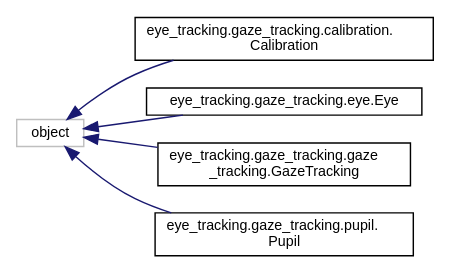
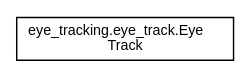
The diagram in inherit_graph_0.dot (amazonkaexpress/amazonka-doxygen), drawn with Graphviz before and after one commit. The commit also changed 48 other files, not shown here.

```diff
--- a/inherit_graph_0.dot
+++ b/inherit_graph_0.dot
@@ -1,16 +1,8 @@
 digraph "Graphical Class Hierarchy"
 {
  // LATEX_PDF_SIZE
   edge [fontname="Helvetica",fontsize="10",labelfontname="Helvetica",labelfontsize="10"];
   node [fontname="Helvetica",fontsize="10",shape=record];
   rankdir="LR";
-  Node3 [label="object",height=0.2,width=0.4,color="grey75", fillcolor="white", style="filled",tooltip=" "];
-  Node3 -> Node0 [dir="back",color="midnightblue",fontsize="10",style="solid",fontname="Helvetica"];
-  Node0 [label="eye_tracking.gaze_tracking.calibration.\lCalibration",height=0.2,width=0.4,color="black", fillcolor="white", style="filled",URL="$classeye__tracking_1_1gaze__tracking_1_1calibration_1_1Calibration.html",tooltip=" "];
-  Node3 -> Node5 [dir="back",color="midnightblue",fontsize="10",style="solid",fontname="Helvetica"];
-  Node5 [label="eye_tracking.gaze_tracking.eye.Eye",height=0.2,width=0.4,color="black", fillcolor="white", style="filled",URL="$classeye__tracking_1_1gaze__tracking_1_1eye_1_1Eye.html",tooltip=" "];
-  Node3 -> Node6 [dir="back",color="midnightblue",fontsize="10",style="solid",fontname="Helvetica"];
-  Node6 [label="eye_tracking.gaze_tracking.gaze\l_tracking.GazeTracking",height=0.2,width=0.4,color="black", fillcolor="white", style="filled",URL="$classeye__tracking_1_1gaze__tracking_1_1gaze__tracking_1_1GazeTracking.html",tooltip=" "];
-  Node3 -> Node7 [dir="back",color="midnightblue",fontsize="10",style="solid",fontname="Helvetica"];
-  Node7 [label="eye_tracking.gaze_tracking.pupil.\lPupil",height=0.2,width=0.4,color="black", fillcolor="white", style="filled",URL="$classeye__tracking_1_1gaze__tracking_1_1pupil_1_1Pupil.html",tooltip=" "];
+  Node0 [label="eye_tracking.eye_track.Eye\lTrack",height=0.2,width=0.4,color="black", fillcolor="white", style="filled",URL="$classeye__tracking_1_1eye__track_1_1EyeTrack.html",tooltip=" "];
 }
```
